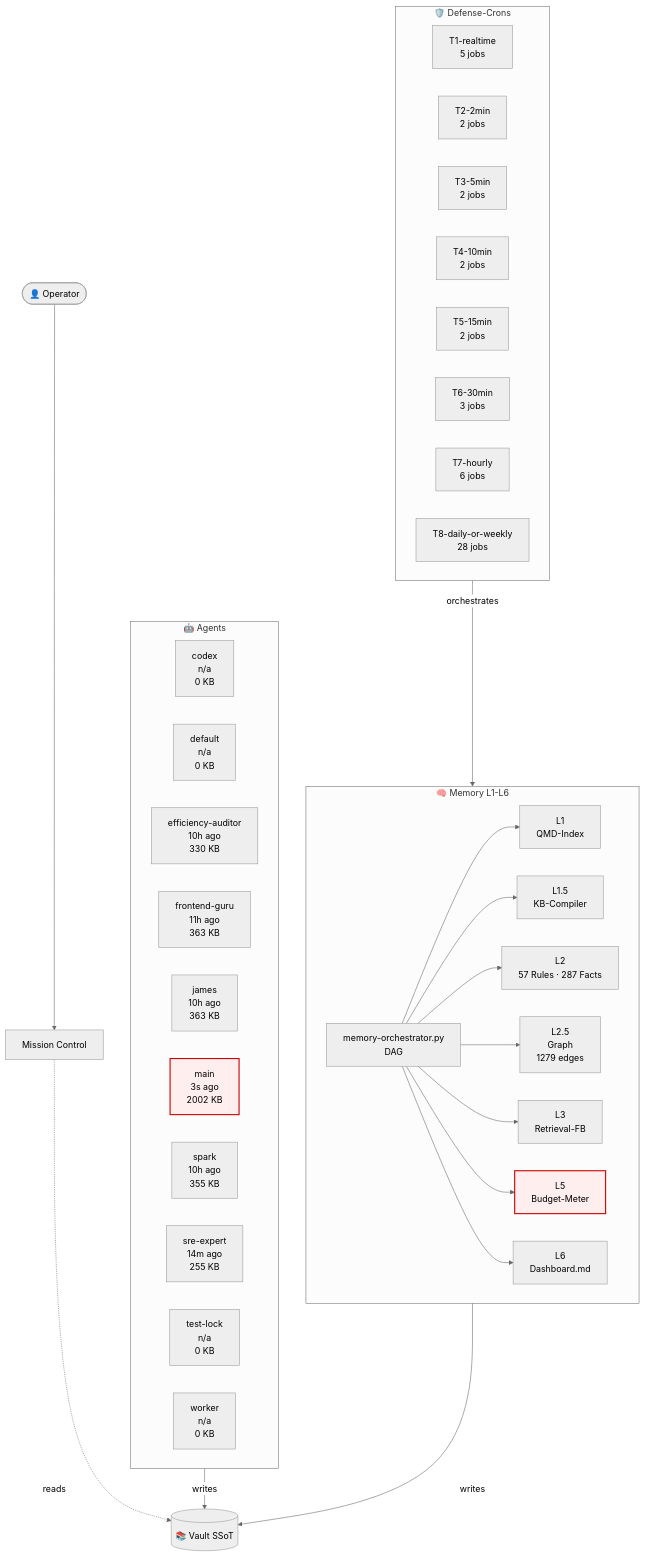
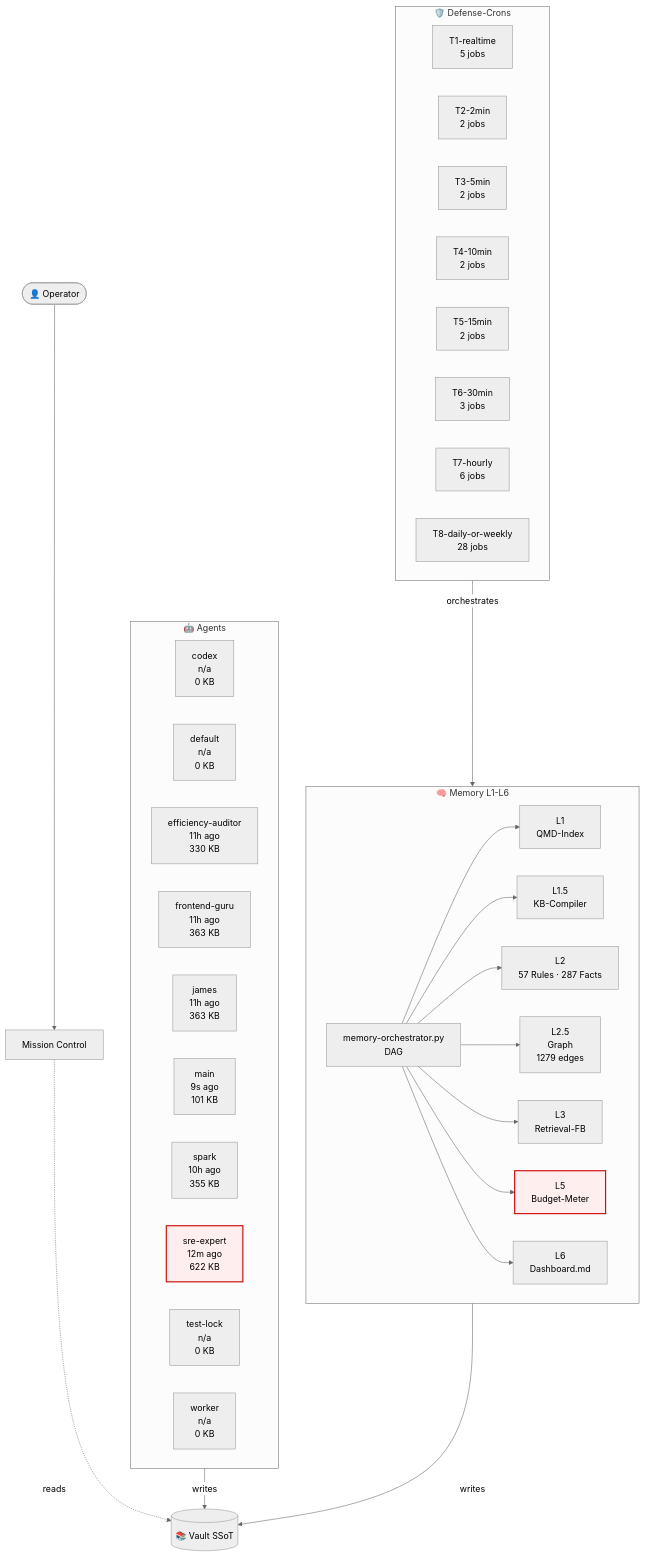
The diagram in 03-Agents/architecture-live.md (lenardhuebner88-rgb/openclaw-memory), drawn with Mermaid (neutral theme) before and after one commit. The commit also changed other lines of this file and 8 other files, not shown here.

````diff
--- a/03-Agents/architecture-live.md
+++ b/03-Agents/architecture-live.md
@@ -18,53 +18,53 @@
 ```mermaid
 flowchart TB
     classDef critical fill:#fee,stroke:#c00,stroke-width:2px;
     subgraph AGT["🤖 Agents"]
         agent_codex["codex<br/>n/a<br/>0 KB"]
         agent_default["default<br/>n/a<br/>0 KB"]
-        agent_efficiency_auditor["efficiency-auditor<br/>10h ago<br/>330 KB"]
+        agent_efficiency_auditor["efficiency-auditor<br/>11h ago<br/>330 KB"]
         agent_frontend_guru["frontend-guru<br/>11h ago<br/>363 KB"]
-        agent_james["james<br/>10h ago<br/>363 KB"]
-        agent_main["main<br/>3s ago<br/>2002 KB"]
+        agent_james["james<br/>11h ago<br/>363 KB"]
+        agent_main["main<br/>9s ago<br/>101 KB"]
         agent_spark["spark<br/>10h ago<br/>355 KB"]
-        agent_sre_expert["sre-expert<br/>14m ago<br/>255 KB"]
+        agent_sre_expert["sre-expert<br/>12m ago<br/>622 KB"]
         agent_test_lock["test-lock<br/>n/a<br/>0 KB"]
         agent_worker["worker<br/>n/a<br/>0 KB"]
     end
     subgraph MEM["🧠 Memory L1-L6"]
         L1["L1<br/>QMD-Index"]
         L15["L1.5<br/>KB-Compiler"]
         L2["L2<br/>57 Rules · 287 Facts"]
         L25["L2.5<br/>Graph<br/>1279 edges"]
         L3["L3<br/>Retrieval-FB"]
         L5["L5<br/>Budget-Meter"]
         L6["L6<br/>Dashboard.md"]
         ORCH["memory-orchestrator.py<br/>DAG"]
     end
     subgraph CRN["🛡️ Defense-Crons"]
         tier_T1_realtime["T1-realtime<br/>5 jobs"]
         tier_T2_2min["T2-2min<br/>2 jobs"]
         tier_T3_5min["T3-5min<br/>2 jobs"]
         tier_T4_10min["T4-10min<br/>2 jobs"]
         tier_T5_15min["T5-15min<br/>2 jobs"]
         tier_T6_30min["T6-30min<br/>3 jobs"]
         tier_T7_hourly["T7-hourly<br/>6 jobs"]
         tier_T8_daily_or_weekly["T8-daily-or-weekly<br/>28 jobs"]
     end
     VAULT[("📚 Vault SSoT")]
     OP([👤 Operator])
     MC["Mission Control"]
     OP --> MC
     MC -.reads.-> VAULT
     AGT -->|writes| VAULT
     MEM -->|writes| VAULT
     ORCH --> L1
     ORCH --> L15
     ORCH --> L2
     ORCH --> L25
     ORCH --> L3
     ORCH --> L5
     ORCH --> L6
     CRN -->|orchestrates| MEM
     class L5 critical
-    class agent_main critical
+    class agent_sre_expert critical
 ```
````
